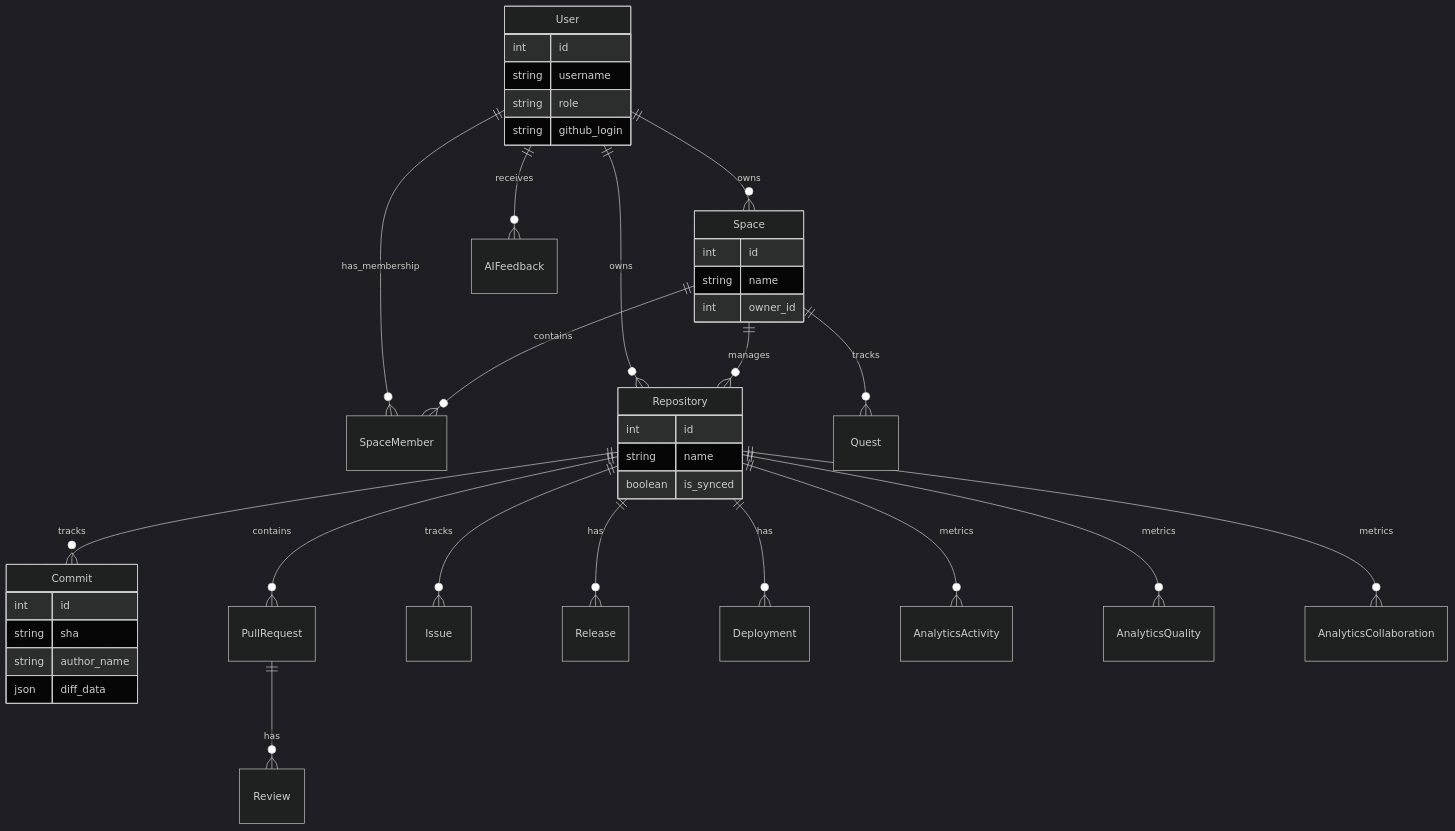
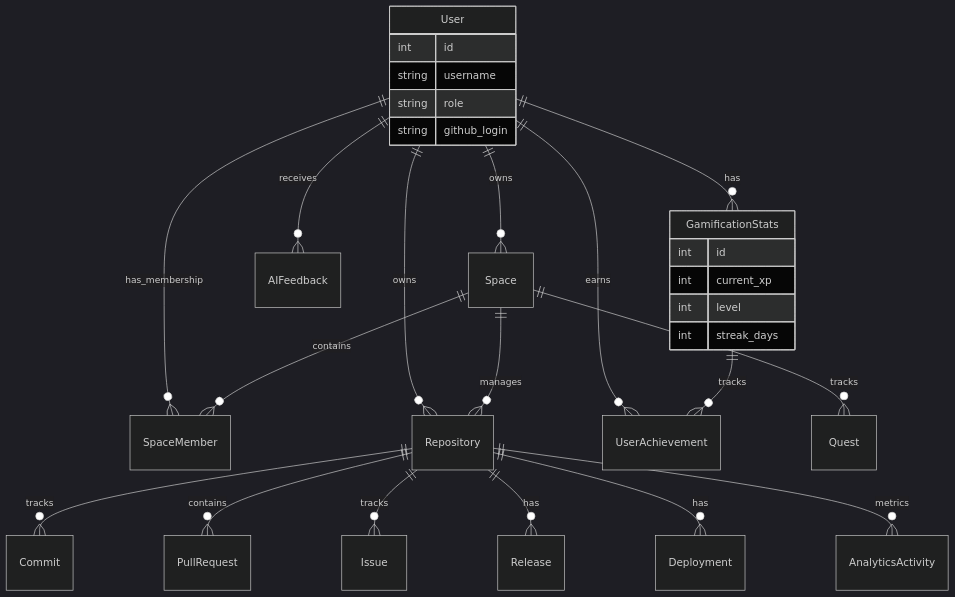
The second of 2 diagrams in GitArena/README.md (Efrat-Wilinger/-GitArena), drawn with Mermaid (dark theme) before and after one commit. The commit also changed other lines of this file and 19 other files, not shown here.

````diff
--- a/GitArena/README.md
+++ b/GitArena/README.md
@@ -168,48 +171,36 @@
 ```mermaid
 erDiagram
     User ||--o{ Space : owns
     User ||--o{ SpaceMember : has_membership
     User ||--o{ Repository : owns
     User ||--o{ AIFeedback : receives
+    User ||--o{ GamificationStats : has
+    User ||--o{ UserAchievement : earns
 
     Space ||--o{ SpaceMember : contains
     Space ||--o{ Repository : manages
     Space ||--o{ Quest : tracks
 
     Repository ||--o{ Commit : tracks
     Repository ||--o{ PullRequest : contains
     Repository ||--o{ Issue : tracks
     Repository ||--o{ Release : has
     Repository ||--o{ Deployment : has
     Repository ||--o{ AnalyticsActivity : metrics
-    Repository ||--o{ AnalyticsQuality : metrics
-    Repository ||--o{ AnalyticsCollaboration : metrics
 
-    PullRequest ||--o{ Review : has
+    GamificationStats ||--o{ UserAchievement : tracks
 
     User {
         int id
         string username
         string role
         string github_login
     }
 
-    Space {
+    GamificationStats {
         int id
-        string name
-        int owner_id
-    }
-
-    Repository {
-        int id
-        string name
-        boolean is_synced
-    }
-
-    Commit {
-        int id
-        string sha
-        string author_name
-        json diff_data
+        int current_xp
+        int level
+        int streak_days
     }
 ```
````
